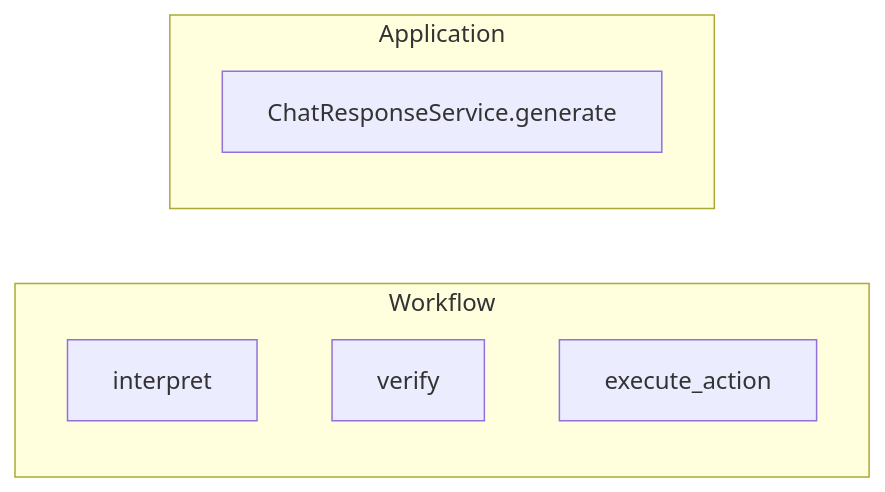
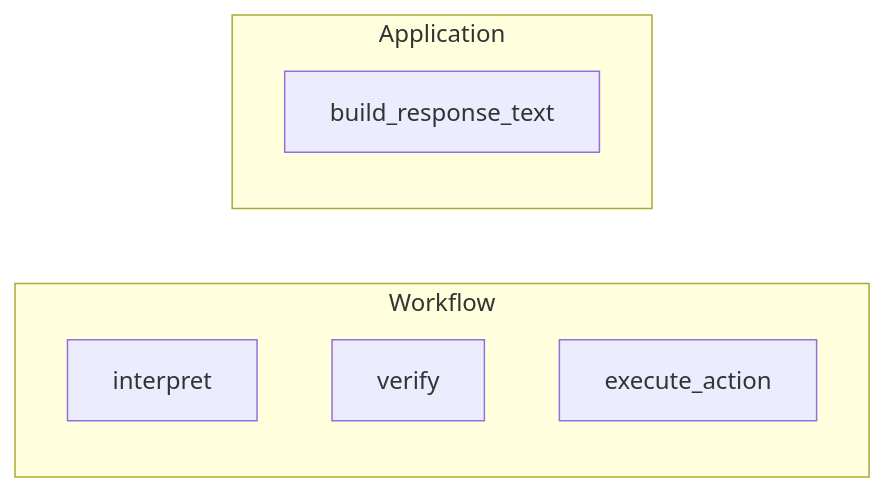
The diagram in docs/llm-boundary.md (ktakanopy/appointment-bot), drawn with Mermaid before and after one commit. The commit also changed other lines of this file and 98 other files, not shown here.

First line of the commit message:
Simplify runtime architecture and align delivery docs.

````diff
--- a/docs/llm-boundary.md
+++ b/docs/llm-boundary.md
@@ -62,11 +62,11 @@
 ```mermaid
 flowchart LR
   subgraph workflow [Workflow]
     interpret[interpret]
     verify[verify]
     execute[execute_action]
   end
   subgraph application [Application]
-    responseService[ChatResponseService.generate]
+    responses[build_response_text]
   end
 ```
````
